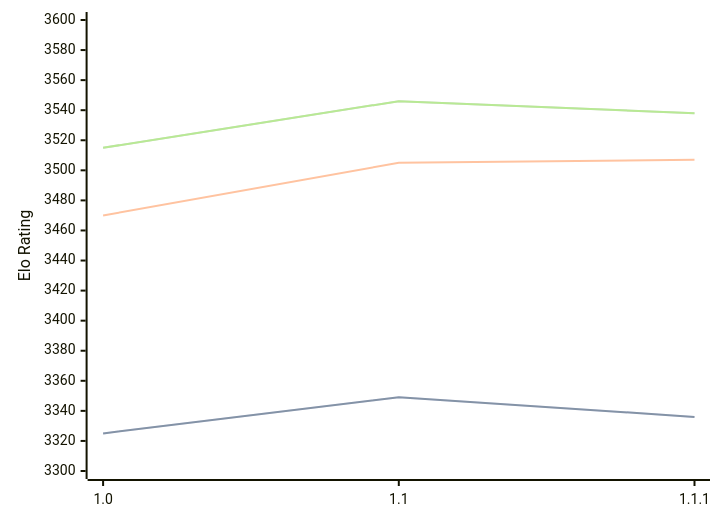
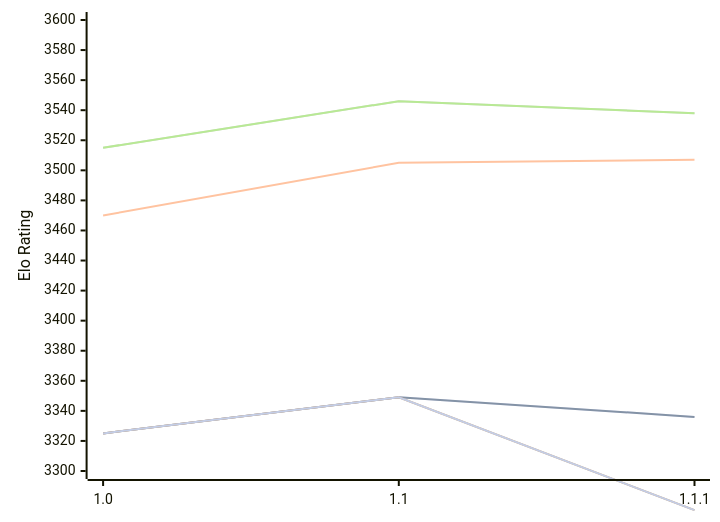
The diagram in engines/Icarus.md (computer-chess-index/cci), drawn with Mermaid before and after one commit. The commit also changed other lines of this file, not shown here.

Commit message:
Update CCI Ratings (ELO VLTC) - 2026-10-11

````diff
--- a/engines/Icarus.md
+++ b/engines/Icarus.md
@@ -49,16 +49,13 @@
 ```mermaid
 %%{init: {"theme":"base","themeVariables":{"seriesColors:['#a3a3a3','#222221','#faa371']}}}%%
 xychart-beta
   x-axis ["1.0", "1.1", "1.1.1"]
   y-axis "Elo Rating" 3300 --> 3600
   line "" [3325, 3349, 3336]
   line "T1: STC (8.0+0.08s)" [3325, 3349, 3336]
   line "T1: LTC (60.0+0.60s)" [3470, 3505, 3507]
   line "" [3515, 3546, 3538]
   line "T1: VLTC (2m24s+1.12s)" [3515, 3546, 3538]
-  line "" [3260]
-  line "E1: STC (8.0+0.08s)" [3260]
-  line "E1: LTC (60.0+0.60s)" [3474]
-  line "" [3514]
-  line "E1: VLTC (2m24s+1.12s)" [3514]
+  line "" [3325, 3349,3274]
+  line "E1: STC (8.0+0.08s)" [3325, 3349,3274]
 ```
````
